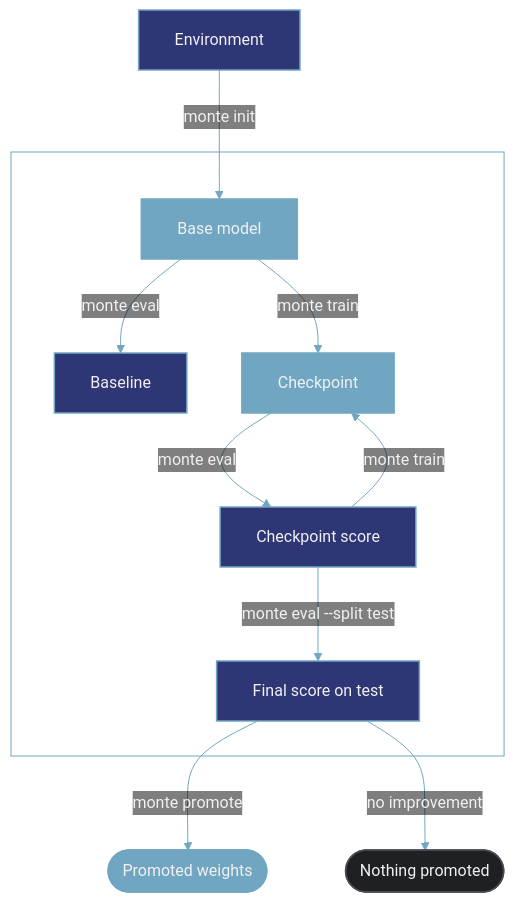
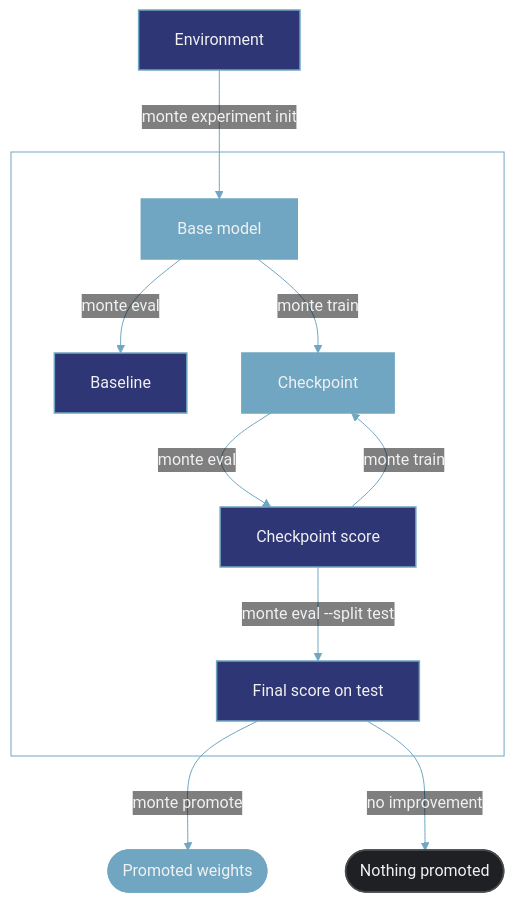
The diagram in index.mdx (Monte-Inc/internal-monte-platform-docs), drawn with Mermaid before and after one commit. The commit also changed other lines of this file and 7 other files, not shown here.

````diff
--- a/index.mdx
+++ b/index.mdx
@@ -30,29 +30,29 @@
 ```mermaid actions={false}
 %%{init: {'theme': 'base', 'themeVariables': {'primaryColor': '#315594', 'primaryTextColor': '#F0F1F2', 'primaryBorderColor': '#315594', 'lineColor': '#70A6C1', 'textColor': '#17181B', 'clusterBkg': 'transparent', 'clusterBorder': '#70A6C1', 'edgeLabelBackground': 'transparent', 'tertiaryColor': '#315594', 'tertiaryTextColor': '#F0F1F2', 'tertiaryBorderColor': '#315594'}, 'flowchart': {'subGraphTitleMargin': {'top': 0, 'bottom': 12}, 'rankSpacing': 70, 'nodeSpacing': 55, 'padding': 18}}}%%
 flowchart TD
     ENV["Environment"]:::entry
 
     subgraph M[" "]
         BM["Base model"]:::model
         BASE["Baseline"]:::score
         CP["Checkpoint"]:::model
         SCORE["Checkpoint score"]:::score
         FINAL["Final score on test"]:::score
 
         BM -->|"monte eval"| BASE
         BM -->|"monte train"| CP
         CP -->|"monte eval"| SCORE
         SCORE -->|"monte train"| CP
         SCORE -->|"monte eval --split test"| FINAL
     end
 
-    ENV -->|"monte init"| BM
+    ENV -->|"monte experiment init"| BM
     FINAL -->|"monte promote"| PROM(["Promoted weights"]):::promoted
     FINAL -->|"no improvement"| NONE(["Nothing promoted"]):::none
 
     classDef entry fill:#2F3675,stroke:#70A6C1,stroke-width:1.5px,color:#F0F1F2;
     classDef model fill:#70A6C1,stroke:#70A6C1,stroke-width:1.5px,color:#F0F1F2;
     classDef score fill:#2F3675,stroke:#70A6C1,stroke-width:1.5px,color:#F0F1F2;
     classDef promoted fill:#70A6C1,stroke:#70A6C1,stroke-width:1.5px,color:#F0F1F2;
     classDef none fill:#1E2024,stroke:#4A4D50,stroke-width:1.5px,color:#F0F1F2;
 ```
````
